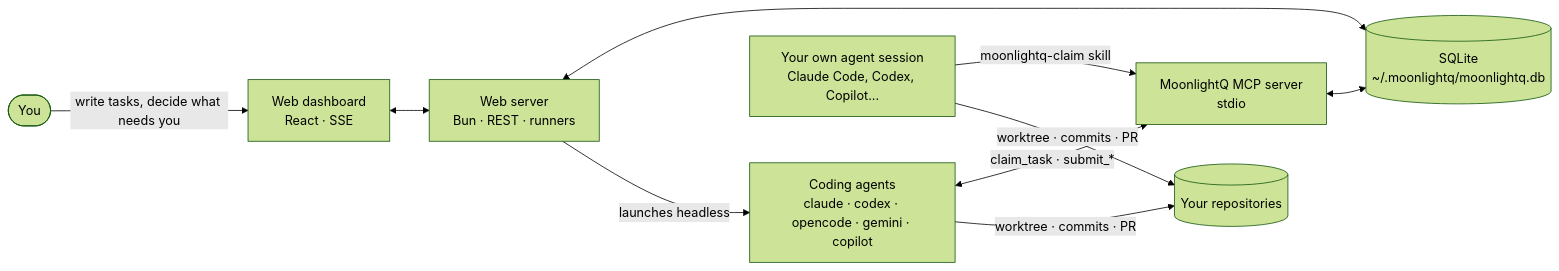
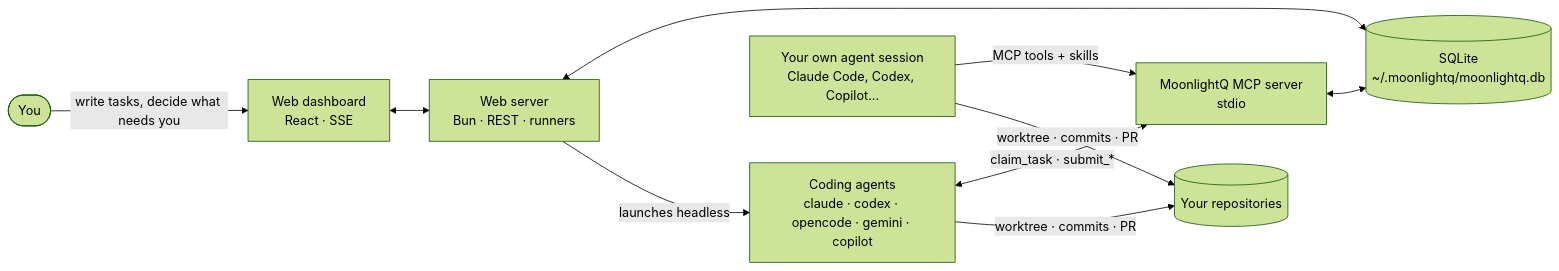
The first of 3 diagrams in README.md (sergiowero/agent-task-queue), drawn with Mermaid (forest theme) before and after one commit. The commit also changed other lines of this file and 42 other files, not shown here.

First line of the commit message:
feat(mcp)!: serve the workflow skills from the MCP server only

````diff
--- a/README.md
+++ b/README.md
@@ -63,12 +63,12 @@
 ```mermaid
 flowchart LR
     you([You]) -->|write tasks, decide what needs you| ui["Web dashboard<br/>React · SSE"]
     ui <--> server["Web server<br/>Bun · REST · runners"]
     server <--> db[("SQLite<br/>~/.moonlightq/moonlightq.db")]
     server -->|launches headless| agents["Coding agents<br/>claude · codex · opencode · gemini · copilot"]
-    ide["Your own agent session<br/>Claude Code, Codex, Copilot..."] -->|moonlightq-claim skill| mcp
+    ide["Your own agent session<br/>Claude Code, Codex, Copilot..."] -->|MCP tools + skills| mcp
     agents <-->|claim_task · submit_*| mcp["MoonlightQ MCP server<br/>stdio"]
     mcp <--> db
     agents -->|worktree · commits · PR| repo[("Your repositories")]
     ide -->|worktree · commits · PR| repo
 ```
````
